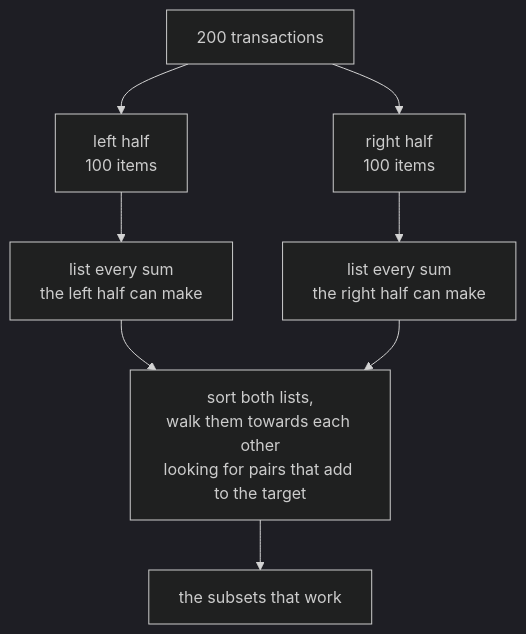
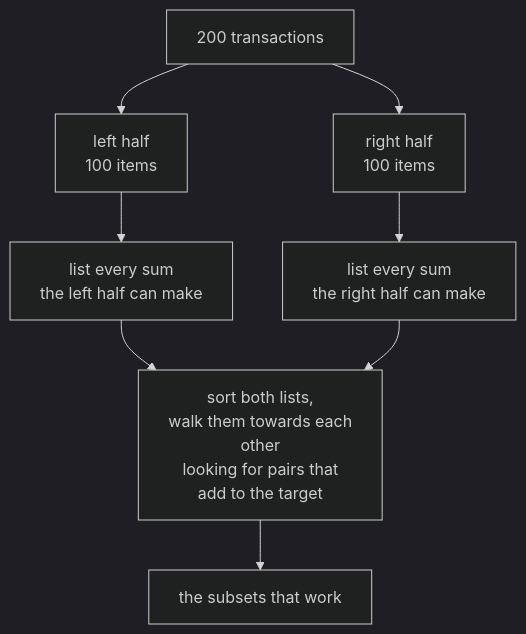
Before and after one commit to Rishi0507/Manhattan: the diagram in docs/diagrams/explain-2.mmd, drawn with Mermaid (dark theme). The commit also changed 8 other files, not shown here.

Commit message:
keep every mermaid label line inside the wrapping width

```diff
--- a/docs/diagrams/explain-2.mmd
+++ b/docs/diagrams/explain-2.mmd
@@ -1,8 +1,8 @@
 flowchart TB
   A["200 transactions"] --> L["left half<br/>100 items"]
   A --> R["right half<br/>100 items"]
   L --> LS["list every sum<br/>the left half can make"]
   R --> RS["list every sum<br/>the right half can make"]
-  LS --> M["sort both lists,<br/>walk them towards each other<br/>looking for pairs that add to the target"]
+  LS --> M["sort both lists,<br/>walk them towards each<br/>other<br/>looking for pairs that<br/>add to the target"]
   RS --> M
   M --> O["the subsets that work"]
```
